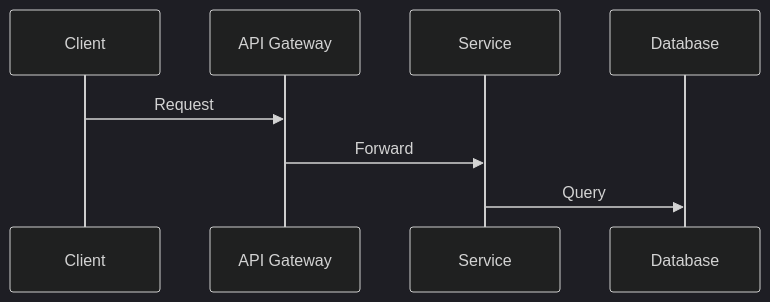
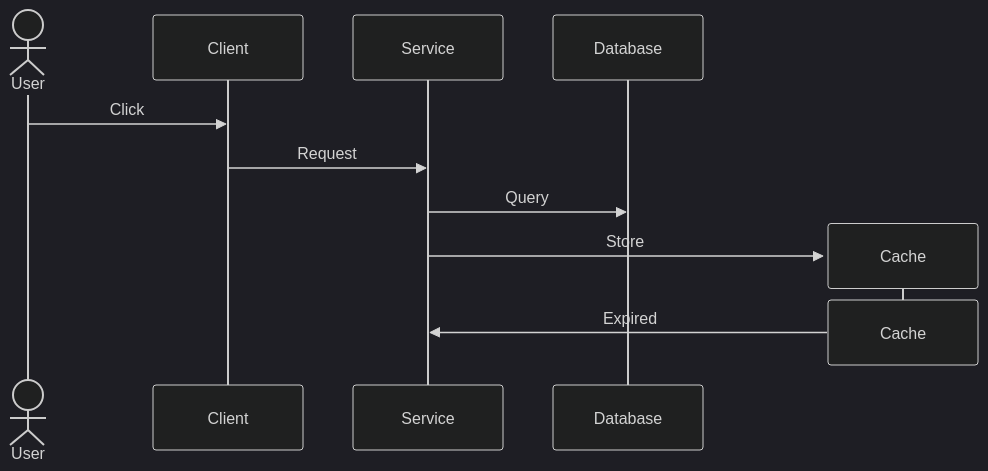
One commit to marcusquinn/aidevops changed the first of 10 diagrams in .agents/tools/diagrams/mermaid-diagrams-skill/sequence.md. Above: the diagram before and after it, drawn with Mermaid (dark theme). The commit also changed other lines of this file, not shown here.

First line of the commit message:
refactor: tighten sequence.md from 408 to 240 lines (41% reduction)

````diff
--- a/.agents/tools/diagrams/mermaid-diagrams-skill/sequence.md
+++ b/.agents/tools/diagrams/mermaid-diagrams-skill/sequence.md
@@ -27,11 +9,15 @@
 ```mermaid
 sequenceDiagram
+    actor User
     participant C as Client
-    participant A as API Gateway
     participant S as Service
     participant D as Database
 
-    C->>A: Request
-    A->>S: Forward
+    User->>C: Click
+    C->>S: Request
     S->>D: Query
+    create participant Cache
+    S->>Cache: Store
+    destroy Cache
+    Cache->>S: Expired
 ```
````
